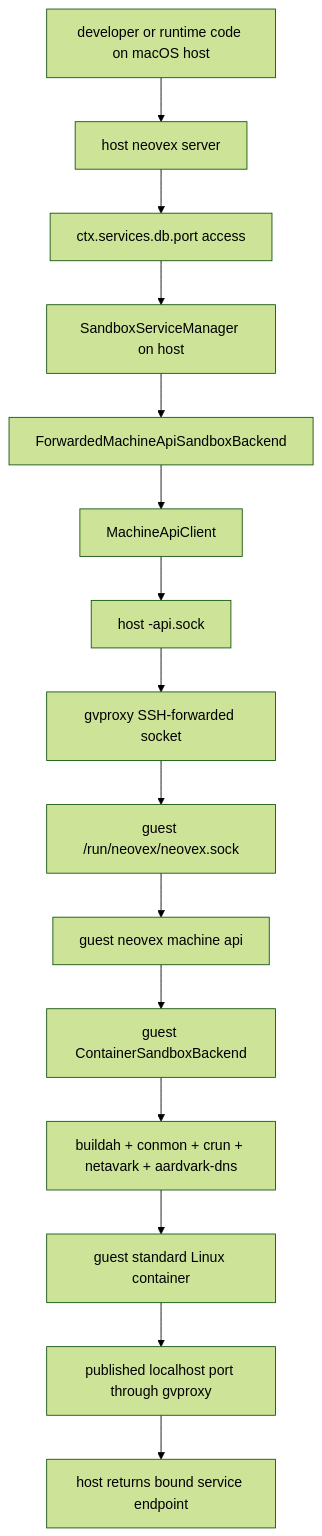
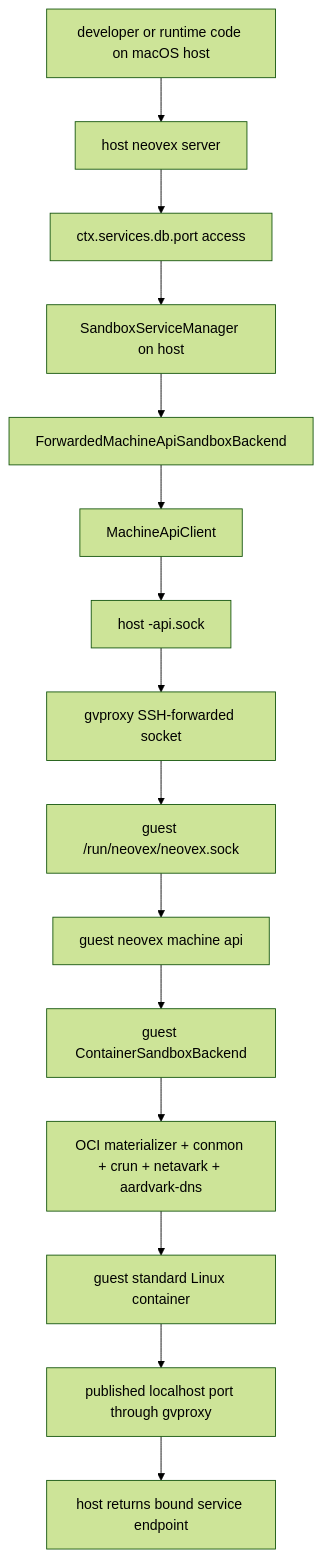
Before and after one commit to nimbus/nimbus: the fifth of 6 diagrams in docs/reference/macos-machine-flow.md, drawn with Mermaid (forest theme). The commit also changed other lines of this file and 56 other files, not shown here.

````diff
--- a/docs/reference/macos-machine-flow.md
+++ b/docs/reference/macos-machine-flow.md
@@ -230,17 +273,17 @@
 ```mermaid
 flowchart TD
     A["developer or runtime code on macOS host"] --> B["host neovex server"]
     B --> C["ctx.services.db.port access"]
     C --> D["SandboxServiceManager on host"]
     D --> E["ForwardedMachineApiSandboxBackend"]
     E --> F["MachineApiClient"]
     F --> G["host <machine>-api.sock"]
     G --> H["gvproxy SSH-forwarded socket"]
     H --> I["guest /run/neovex/neovex.sock"]
     I --> J["guest neovex machine api"]
     J --> K["guest ContainerSandboxBackend"]
-    K --> L["buildah + conmon + crun + netavark + aardvark-dns"]
+    K --> L["OCI materializer + conmon + crun + netavark + aardvark-dns"]
     L --> M["guest standard Linux container"]
     M --> N["published localhost port through gvproxy"]
     N --> O["host returns bound service endpoint"]
 ```
````
